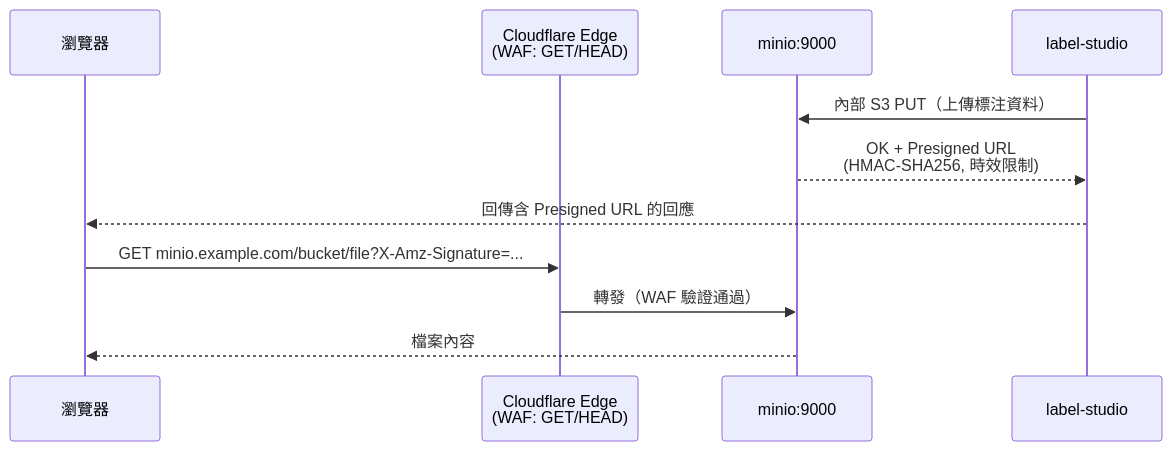
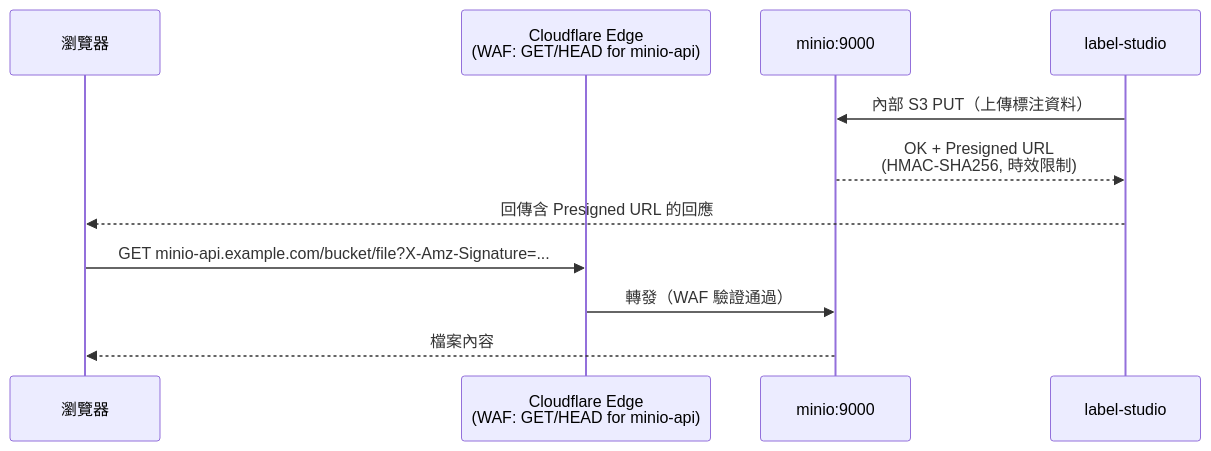
Before and after one commit to felimet/label-studio-compose: the third of 3 diagrams in docs/architecture.md, drawn with Mermaid. The commit also changed other lines of this file and 52 other files, not shown here.

````diff
--- a/docs/architecture.md
+++ b/docs/architecture.md
@@ -65,15 +90,15 @@
 ```mermaid
 sequenceDiagram
     participant B as 瀏覽器
-    participant CF as Cloudflare Edge<br/>(WAF: GET/HEAD)
+    participant CF as Cloudflare Edge<br/>(WAF: GET/HEAD for minio-api)
     participant M as minio:9000
     participant LS as label-studio
 
     LS->>M: 內部 S3 PUT（上傳標注資料）
     M-->>LS: OK + Presigned URL<br/>(HMAC-SHA256, 時效限制)
     LS-->>B: 回傳含 Presigned URL 的回應
 
-    B->>CF: GET minio.example.com/bucket/file?X-Amz-Signature=...
+    B->>CF: GET minio-api.example.com/bucket/file?X-Amz-Signature=...
     CF->>M: 轉發（WAF 驗證通過）
     M-->>B: 檔案內容
 ```
````
